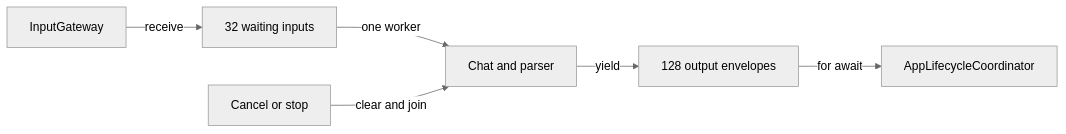
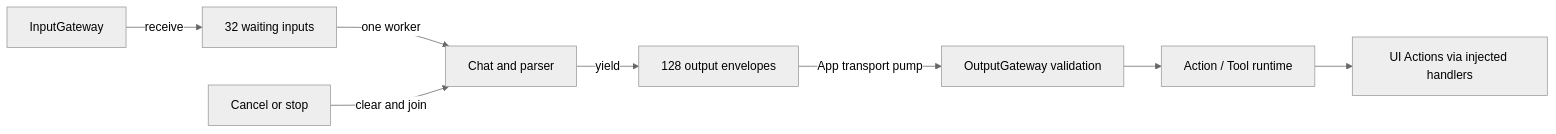
One commit to devilyouwei/MobileHarness changed the second of 3 diagrams in MobileHarness/Agents/Assistant/README.md. Above: the diagram before and after it, drawn with Mermaid (neutral theme). The commit also changed other lines of this file and 63 other files, not shown here.

````diff
--- a/MobileHarness/Agents/Assistant/README.md
+++ b/MobileHarness/Agents/Assistant/README.md
@@ -47,8 +47,10 @@
 ```mermaid
 flowchart LR
     InputGateway -->|receive| Inbox[32 waiting inputs]
     Inbox -->|one worker| Chat[Chat and parser]
     Chat -->|yield| Out[128 output envelopes]
-    Out -->|for await| App[AppLifecycleCoordinator]
+    Out -->|App transport pump| Gateway[OutputGateway validation]
+    Gateway --> Runtime[Action / Tool runtime]
+    Runtime --> UI[UI Actions via injected handlers]
     Cancel[Cancel or stop] -->|clear and join| Chat
 ```
````
